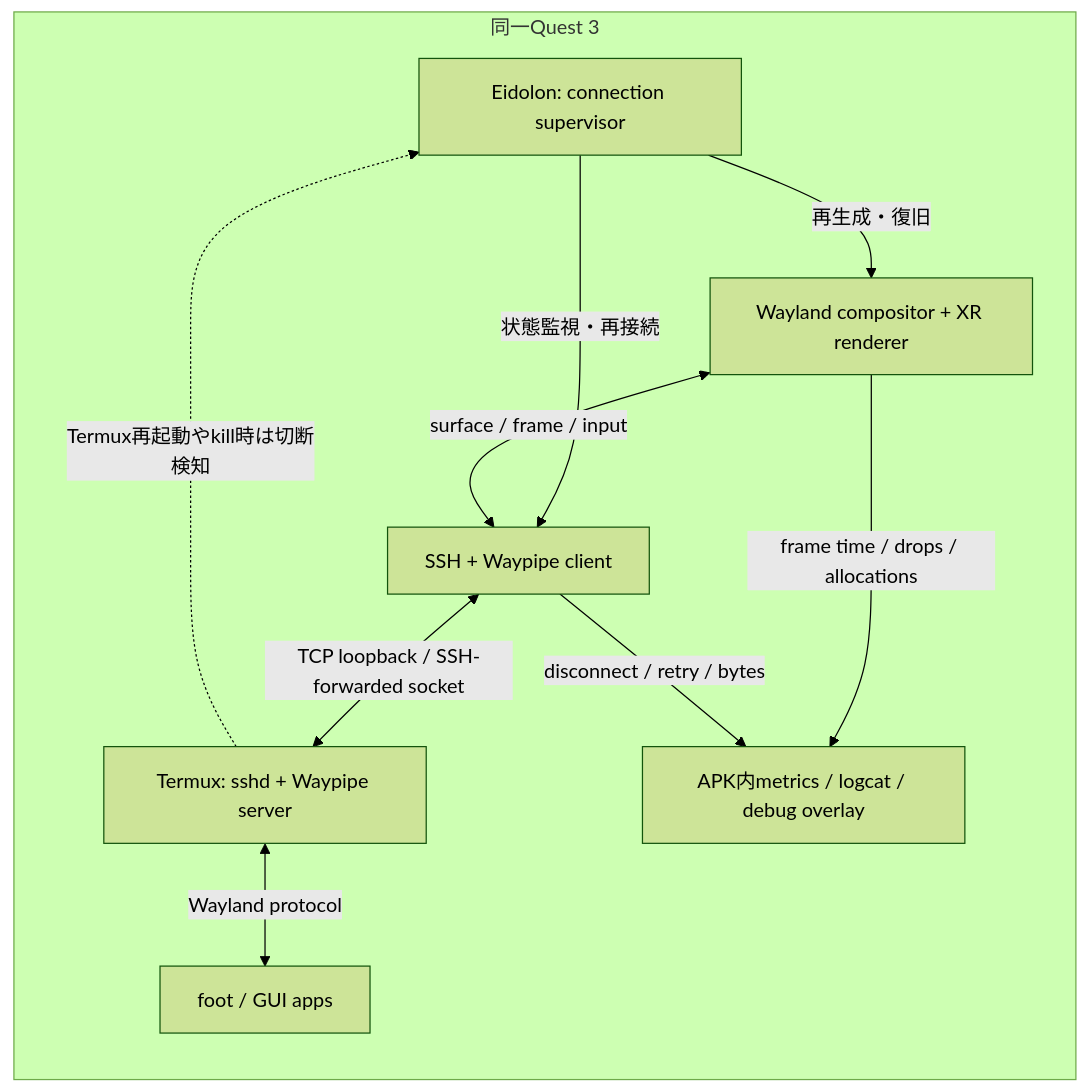
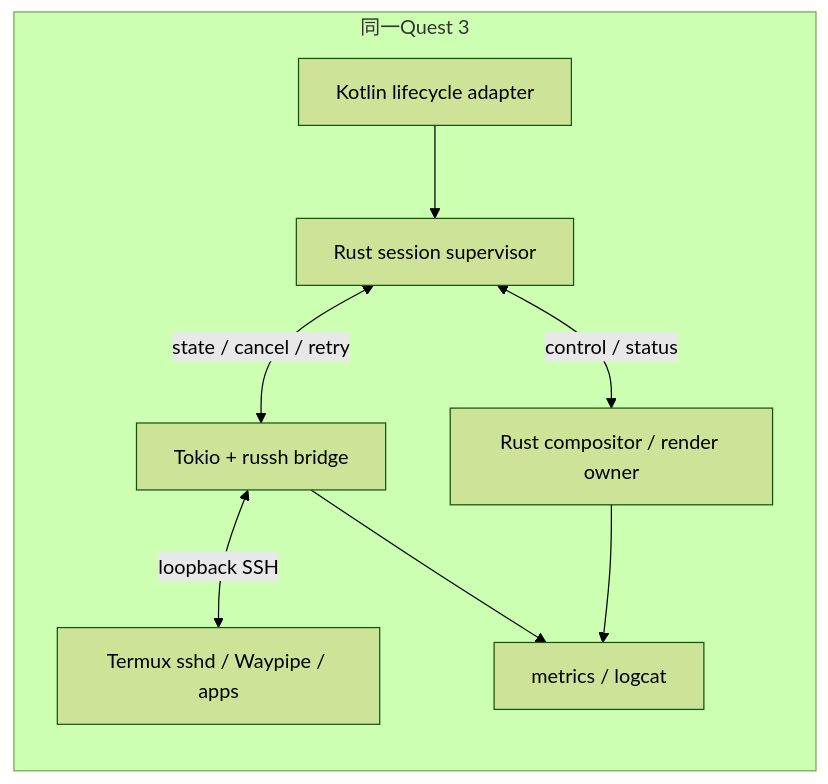
One commit to tin-machine/eidolon-wayland changed the seventh of 7 diagrams in docs/implementation-plan.md. Above: the diagram before and after it, drawn with Mermaid (forest theme). The commit also changed other lines of this file and 9 other files, not shown here.

```diff
--- a/docs/implementation-plan.md
+++ b/docs/implementation-plan.md
@@ -283,13 +293,11 @@
 ~~~mermaid
 flowchart LR
-  subgraph Q["同一Quest 3" ]
-    MON["Eidolon: connection supervisor"] -->|"状態監視・再接続"| SSH["SSH + Waypipe client"]
-    SSH <-->|"TCP loopback / SSH-forwarded socket"| REM["Termux: sshd + Waypipe server"]
-    REM <-->|"Wayland protocol"| APP["foot / GUI apps"]
-    COMP["Wayland compositor + XR renderer"] <-->|"surface / frame / input"| SSH
-    MON -->|"再生成・復旧"| COMP
-    COMP -->|"frame time / drops / allocations"| OBS["APK内metrics / logcat / debug overlay"]
-    SSH -->|"disconnect / retry / bytes"| OBS
-    REM -.->|"Termux再起動やkill時は切断検知"| MON
+  subgraph Q["同一Quest 3"]
+    K["Kotlin lifecycle adapter"] --> S["Rust session supervisor"]
+    S <-->|"state / cancel / retry"| N["Tokio + russh bridge"]
+    N <-->|"loopback SSH"| T["Termux sshd / Waypipe / apps"]
+    S <-->|"control / status"| R["Rust compositor / render owner"]
+    R --> M["metrics / logcat"]
+    N --> M
   end
 ~~~
```
